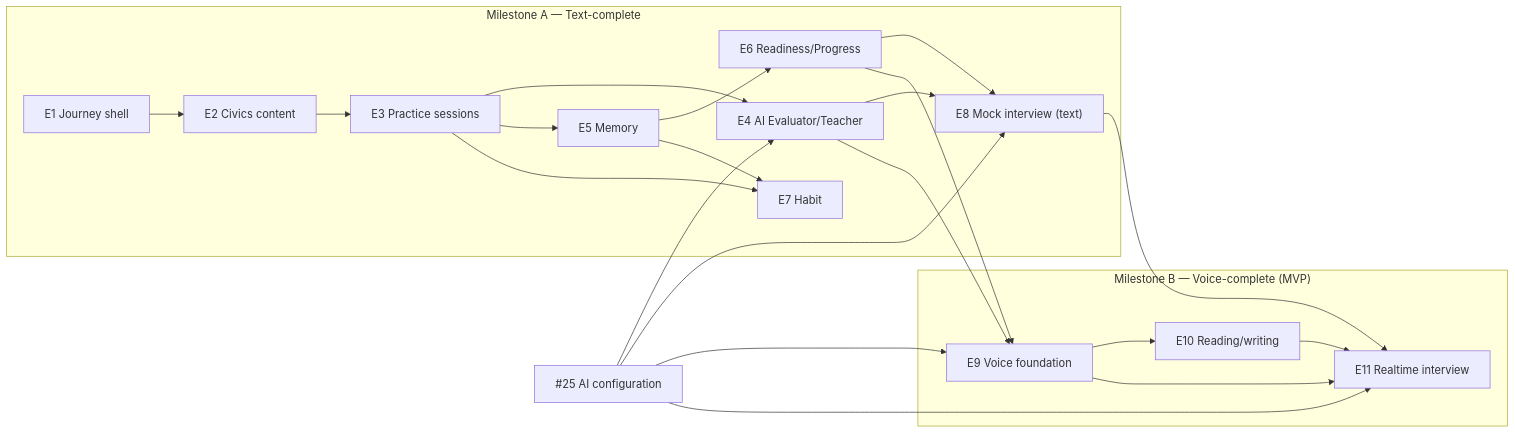
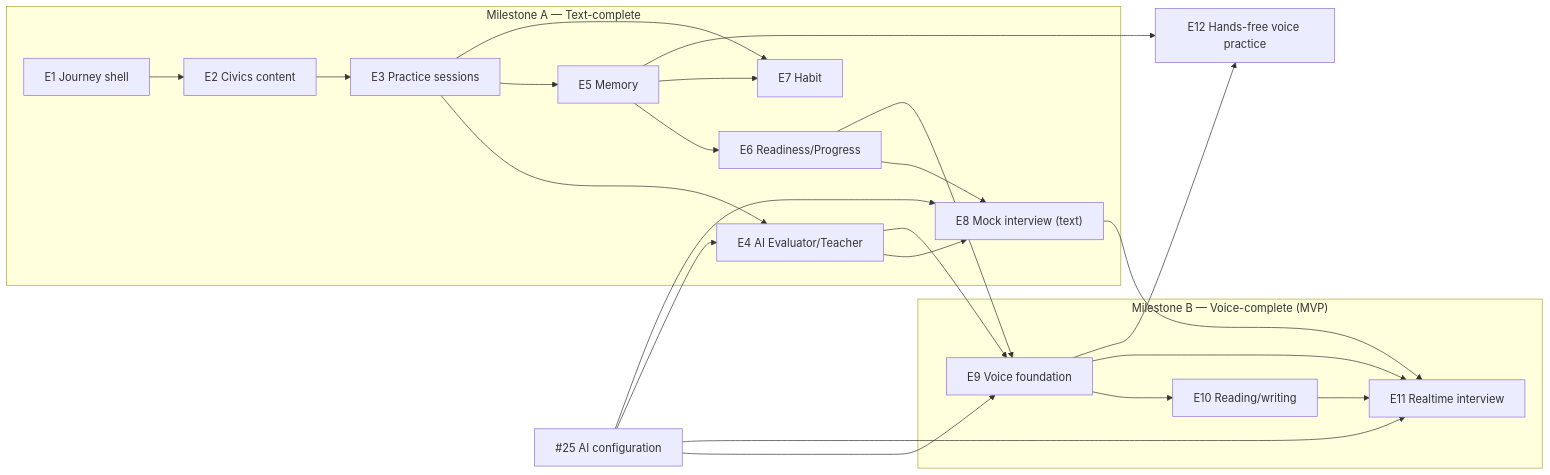
Before and after one commit to marinoscar/oathpath: the diagram in ROADMAP.md, drawn with Mermaid. The commit also changed other lines of this file, not shown here.

First line of the commit message:
docs(docs): add E12 to the roadmap and log the decision change

````diff
--- a/ROADMAP.md
+++ b/ROADMAP.md
@@ -403,52 +412,55 @@
 ```mermaid
 graph LR
     AI["#25 AI configuration"]
     E1["E1 Journey shell"]
     E2["E2 Civics content"]
     E3["E3 Practice sessions"]
     E4["E4 AI Evaluator/Teacher"]
     E5["E5 Memory"]
     E6["E6 Readiness/Progress"]
     E7["E7 Habit"]
     E8["E8 Mock interview (text)"]
     E9["E9 Voice foundation"]
     E10["E10 Reading/writing"]
     E11["E11 Realtime interview"]
+    E12["E12 Hands-free voice practice"]
 
     E1 --> E2
     E2 --> E3
     E3 --> E4
     AI --> E4
     E3 --> E5
     E5 --> E6
     E3 --> E7
     E5 --> E7
     E4 --> E8
     E6 --> E8
     AI --> E8
     E4 --> E9
     E6 --> E9
     AI --> E9
     E9 --> E10
     E8 --> E11
     E9 --> E11
     E10 --> E11
     AI --> E11
+    E9 --> E12
+    E5 --> E12
 
     subgraph MilestoneA["Milestone A — Text-complete"]
         E1
         E2
         E3
         E4
         E5
         E6
         E7
         E8
     end
 
     subgraph MilestoneB["Milestone B — Voice-complete (MVP)"]
         E9
         E10
         E11
     end
 ```
````
